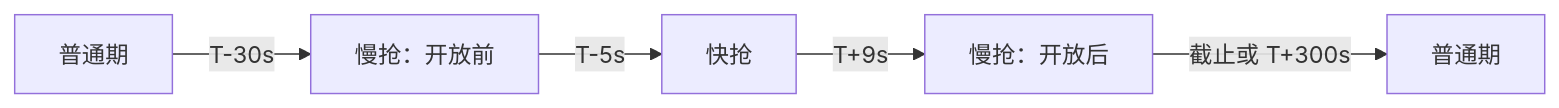
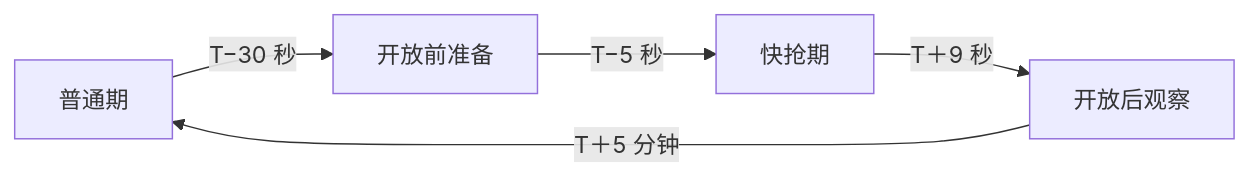
One commit to MuZiJin701/seu-lecture-reserve-http changed the first of 2 diagrams in docs/thread-query-strategy.md. Above: the diagram before and after it, drawn with Mermaid. The commit also changed other lines of this file and 86 other files, not shown here.

````diff
--- a/docs/thread-query-strategy.md
+++ b/docs/thread-query-strategy.md
@@ -35,7 +9,7 @@
 ```mermaid
 flowchart LR
-    N["普通期"] -->|T-30s| B["慢抢：开放前"]
-    B -->|T-5s| F["快抢"]
-    F -->|T+9s| A["慢抢：开放后"]
-    A -->|截止或 T+300s| R["普通期"]
+    A["普通期"] -->|"T−30 秒"| B["开放前准备"]
+    B -->|"T−5 秒"| C["快抢期"]
+    C -->|"T＋9 秒"| D["开放后观察"]
+    D -->|"T＋5 分钟"| A
 ```
````
